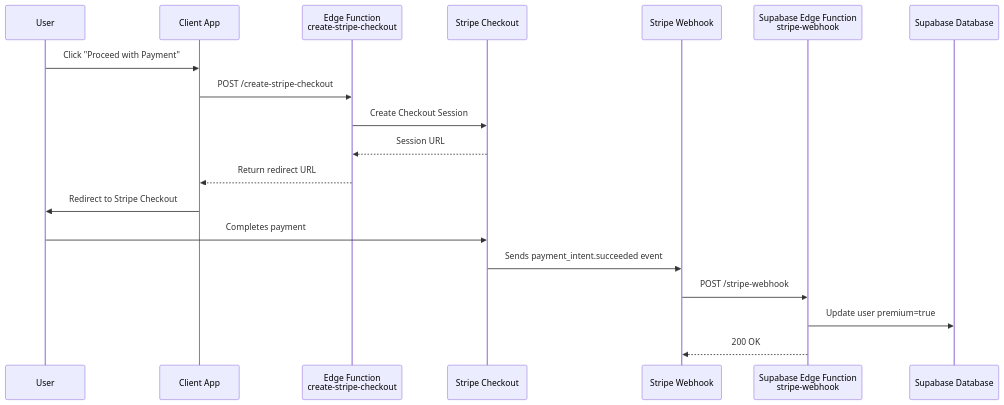
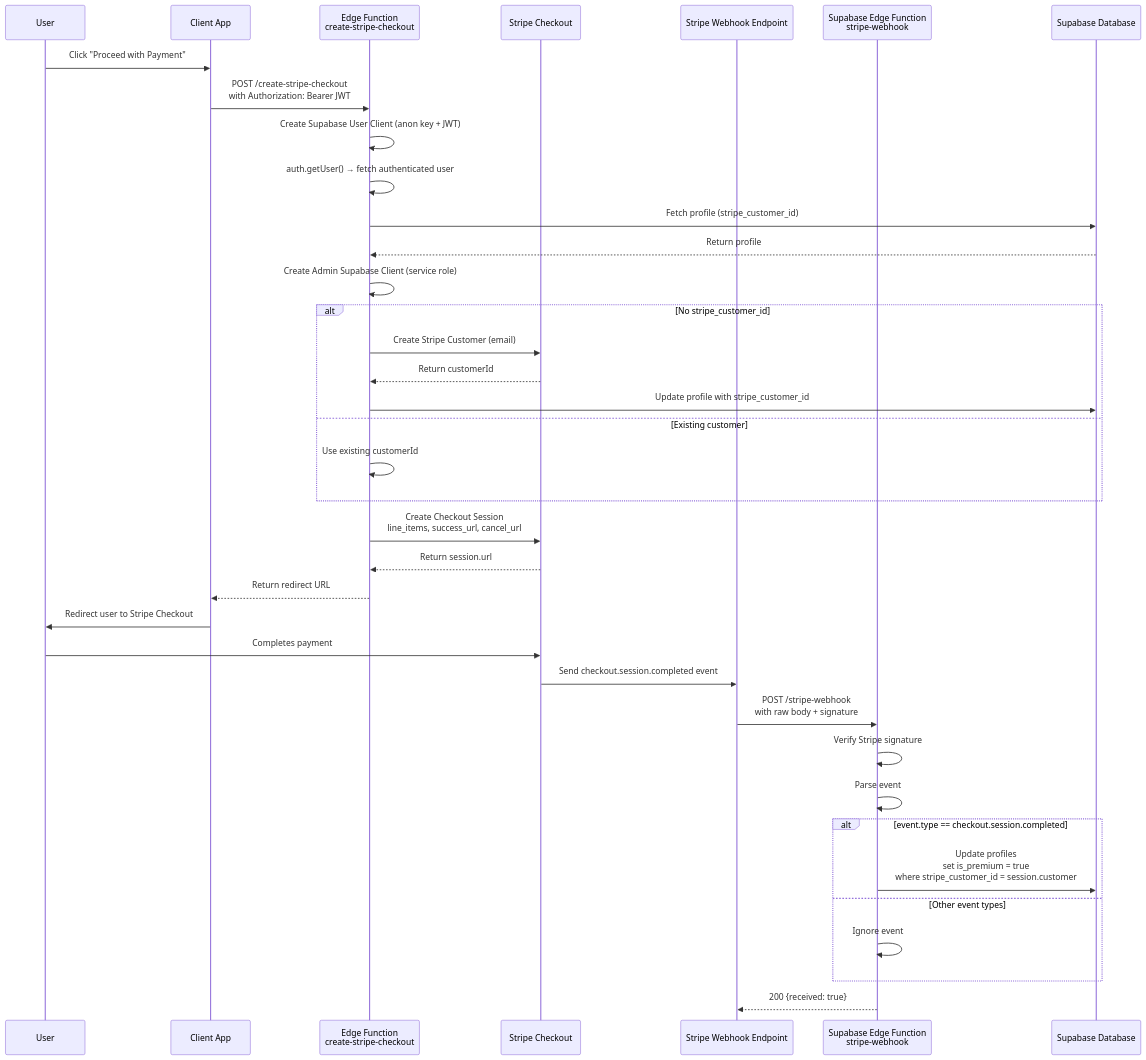
Before and after one commit to dedied/project-docs: the second of 8 diagrams in fittrack-pro/architecture.md, drawn with Mermaid. The commit also changed other lines of this file, not shown here.

Commit message:
Enhance Stripe integration documentation with detailed flow for checkout session creation and webhook handling

````diff
--- a/fittrack-pro/architecture.md
+++ b/fittrack-pro/architecture.md
@@ -33,24 +33,54 @@
 ```mermaid
 sequenceDiagram
     participant U as User
     participant C as Client App
     participant EF as Edge Function<br/>create-stripe-checkout
     participant ST as Stripe Checkout
-    participant WH as Stripe Webhook
+    participant WH as Stripe Webhook Endpoint
     participant SW as Supabase Edge Function<br/>stripe-webhook
     participant DB as Supabase Database
 
+    %% --- Checkout Session Creation ---
     U->>C: Click "Proceed with Payment"
-    C->>EF: POST /create-stripe-checkout
-    EF->>ST: Create Checkout Session
-    ST-->>EF: Session URL
+    C->>EF: POST /create-stripe-checkout<br/>with Authorization: Bearer JWT
+
+    EF->>EF: Create Supabase User Client (anon key + JWT)
+    EF->>EF: auth.getUser() → fetch authenticated user
+    EF->>DB: Fetch profile (stripe_customer_id)
+    DB-->>EF: Return profile
+
+    EF->>EF: Create Admin Supabase Client (service role)
+
+    alt No stripe_customer_id
+        EF->>ST: Create Stripe Customer (email)
+        ST-->>EF: Return customerId
+        EF->>DB: Update profile with stripe_customer_id
+    else Existing customer
+        EF->>EF: Use existing customerId
+    end
+
+    EF->>ST: Create Checkout Session<br/>line_items, success_url, cancel_url
+    ST-->>EF: Return session.url
+
     EF-->>C: Return redirect URL
-    C->>U: Redirect to Stripe Checkout
+    C->>U: Redirect user to Stripe Checkout
 
+    %% --- Payment + Webhook ---
     U->>ST: Completes payment
-    ST->>WH: Sends payment_intent.succeeded event
-    WH->>SW: POST /stripe-webhook
 
-    SW->>DB: Update user premium=true
-    SW-->>WH: 200 OK
+    ST->>WH: Send checkout.session.completed event
+
+    WH->>SW: POST /stripe-webhook<br/>with raw body + signature
+
+    SW->>SW: Verify Stripe signature
+    SW->>SW: Parse event
+
+    alt event.type == checkout.session.completed
+        SW->>DB: Update profiles<br/>set is_premium = true<br/>where stripe_customer_id = session.customer
+    else Other event types
+        SW->>SW: Ignore event
+    end
+
+    SW-->>WH: 200 {received: true}
+
 ```
````
